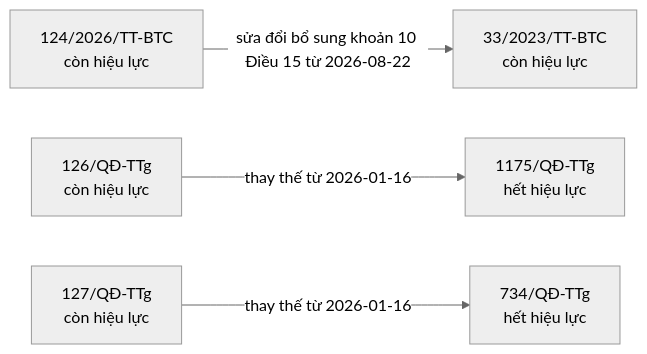
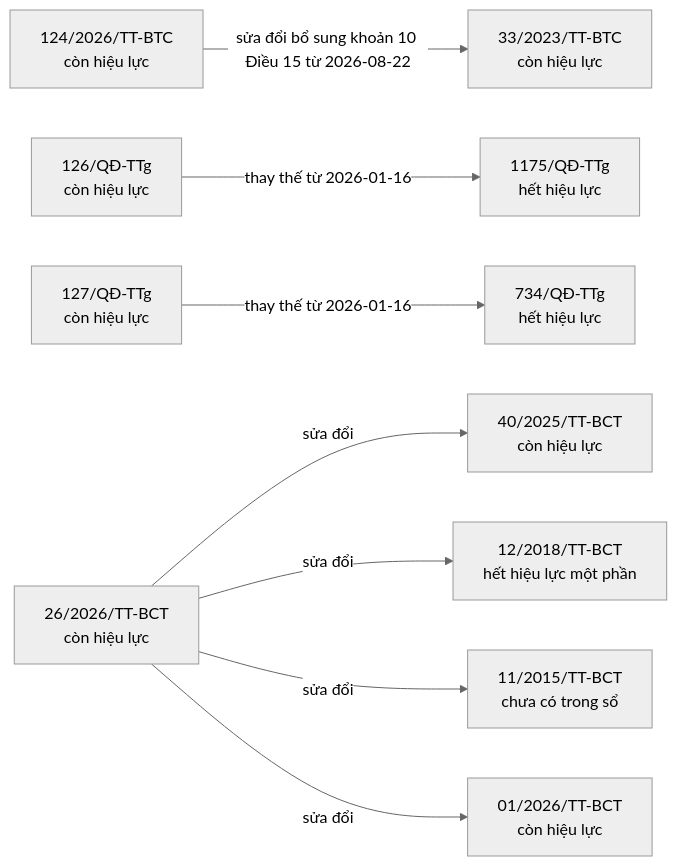
Before and after one commit to ozvietnam/oz-wiki-plhq: the ninth of 9 diagrams in bao-cao/quan-he.md, drawn with Mermaid (neutral theme). The commit also changed other lines of this file and 8 other files, not shown here.

````diff
--- a/bao-cao/quan-he.md
+++ b/bao-cao/quan-he.md
@@ -836,12 +843,21 @@
 ```mermaid
 flowchart LR
   n_124_2026_TT_BTC["124/2026/TT-BTC<br/>còn hiệu lực"]
   n_33_2023_TT_BTC["33/2023/TT-BTC<br/>còn hiệu lực"]
   n_126_Q__TTg["126/QĐ-TTg<br/>còn hiệu lực"]
   n_1175_Q__TTg["1175/QĐ-TTg<br/>hết hiệu lực"]
   n_127_Q__TTg["127/QĐ-TTg<br/>còn hiệu lực"]
   n_734_Q__TTg["734/QĐ-TTg<br/>hết hiệu lực"]
+  n_26_2026_TT_BCT["26/2026/TT-BCT<br/>còn hiệu lực"]
+  n_40_2025_TT_BCT["40/2025/TT-BCT<br/>còn hiệu lực"]
+  n_12_2018_TT_BCT["12/2018/TT-BCT<br/>hết hiệu lực một phần"]
+  n_11_2015_TT_BCT["11/2015/TT-BCT<br/>chưa có trong sổ"]
+  n_01_2026_TT_BCT["01/2026/TT-BCT<br/>còn hiệu lực"]
   n_124_2026_TT_BTC -->|sửa đổi bổ sung khoản 10 Điều 15 từ 2026-08-22| n_33_2023_TT_BTC
   n_126_Q__TTg -->|thay thế từ 2026-01-16| n_1175_Q__TTg
   n_127_Q__TTg -->|thay thế từ 2026-01-16| n_734_Q__TTg
+  n_26_2026_TT_BCT -->|sửa đổi| n_40_2025_TT_BCT
+  n_26_2026_TT_BCT -->|sửa đổi| n_12_2018_TT_BCT
+  n_26_2026_TT_BCT -->|sửa đổi| n_11_2015_TT_BCT
+  n_26_2026_TT_BCT -->|sửa đổi| n_01_2026_TT_BCT
 ```
````
